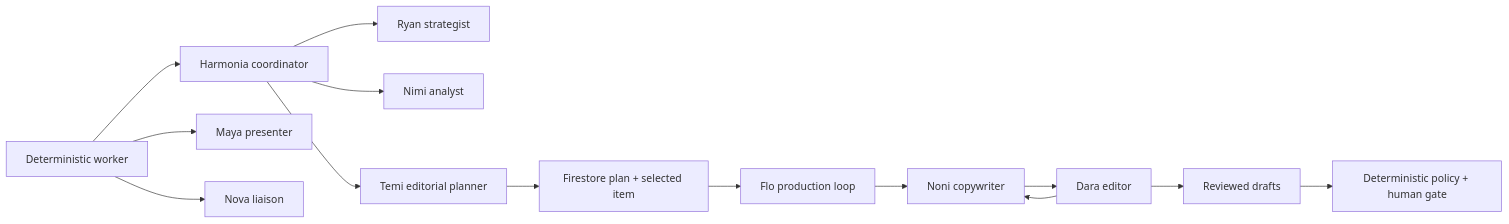
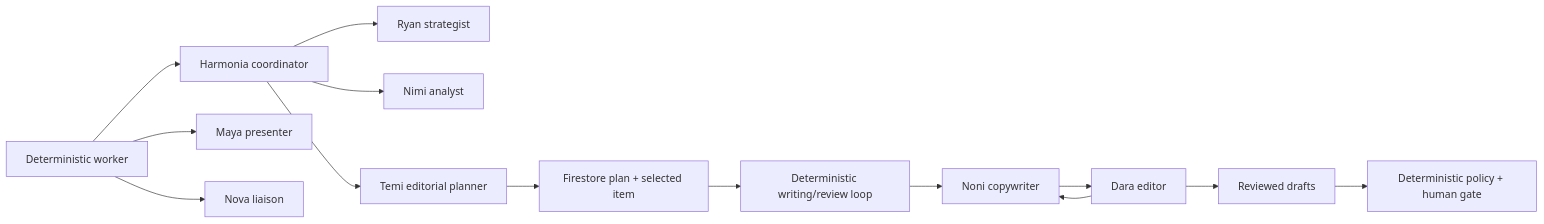
The diagram in docs/agent-platform.mdx (danielAsaboro/harmonia-agents-for-humans), drawn with Mermaid before and after one commit. The commit also changed other lines of this file and 16 other files, not shown here.

````diff
--- a/docs/agent-platform.mdx
+++ b/docs/agent-platform.mdx
@@ -17,16 +17,16 @@
 ```mermaid
 flowchart LR
   W[Deterministic worker] --> H[Harmonia coordinator]
   H --> R[Ryan strategist]
   H --> S[Nimi analyst]
   H --> T[Temi editorial planner]
   T --> FS[Firestore plan + selected item]
-  FS --> F[Flo production loop]
+  FS --> F[Deterministic writing/review loop]
   F --> N[Noni copywriter]
   N --> D[Dara editor]
   D --> N
   W --> M[Maya presenter]
   W --> V[Nova liaison]
   D --> P[Reviewed drafts]
   P --> G[Deterministic policy + human gate]
 ```
````
